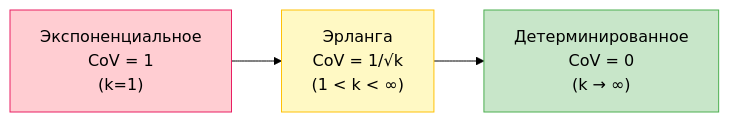
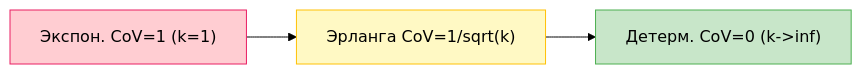
One commit to stareeg/simulation-modeling-notes changed the third of 6 diagrams in docs/06-queueing-intro.md. Above: the diagram before and after it, drawn with Mermaid (forest theme). The commit also changed other lines of this file and 14 other files, not shown here.

````diff
--- a/docs/06-queueing-intro.md
+++ b/docs/06-queueing-intro.md
@@ -162,8 +174,8 @@
 ```mermaid
 flowchart LR
-    E1["Экспоненциальное\nCoV = 1\n(k=1)"] --> EK["Эрланга\nCoV = 1/√k\n(1 < k < ∞)"] --> D["Детерминированное\nCoV = 0\n(k → ∞)"]
+    E1["Экспон. CoV=1 (k=1)"] --> EK["Эрланга CoV=1/sqrt(k)"] --> D["Детерм. CoV=0 (k->inf)"]
 
     style E1 fill:#ffcdd2,stroke:#E91E63
     style EK fill:#fff9c4,stroke:#FFC107
     style D fill:#c8e6c9,stroke:#4CAF50
 ```
````
